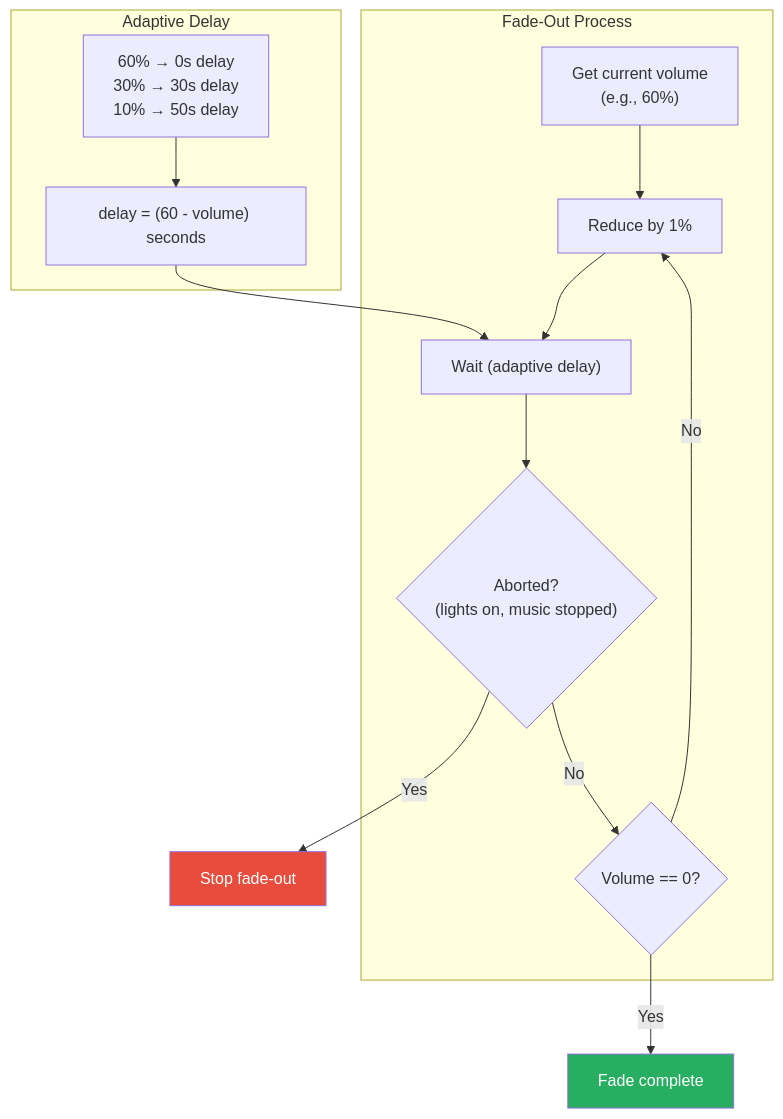
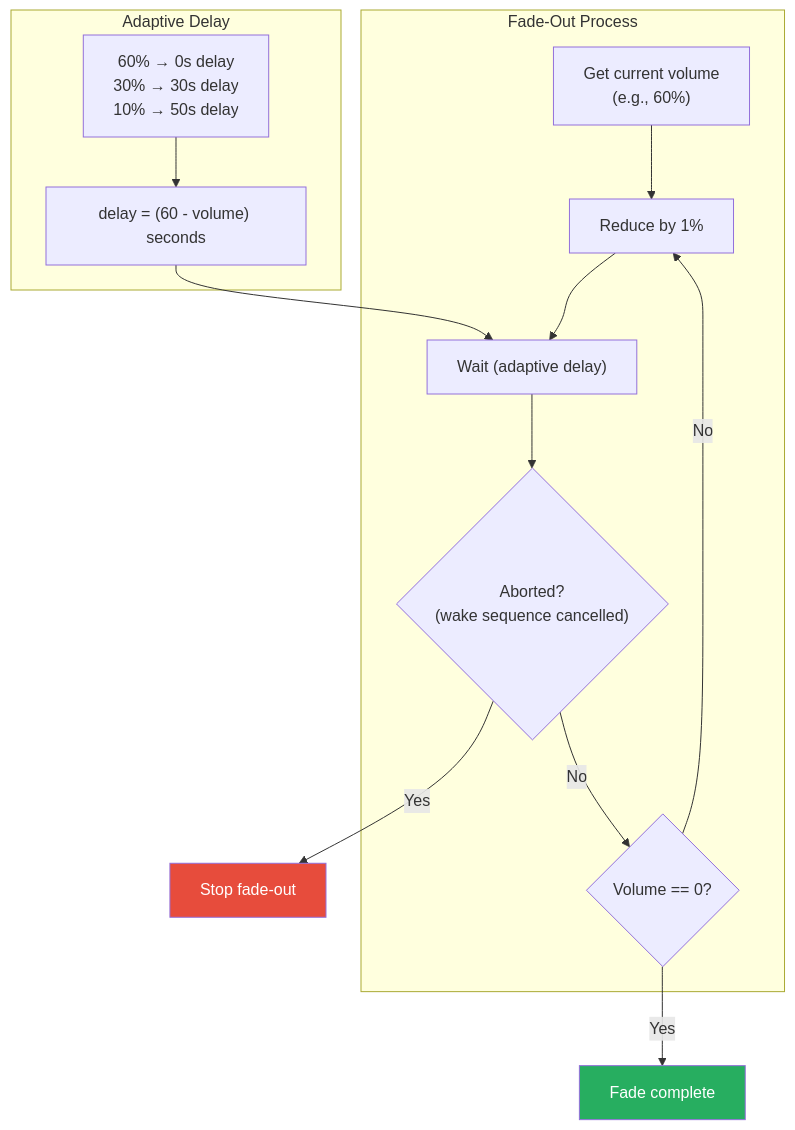
One commit to NickBorgers/home-automation changed the sixth of 9 diagrams in docs/flows/SLEEP_HYGIENE.md. Above: the diagram before and after it, drawn with Mermaid. The commit also changed other lines of this file, not shown here.

Commit message:
docs: Update SLEEP_HYGIENE.md to reflect fade-out abort condition fix
The wake sequence now sets isWakeSequenceActive=true immediately (before
fade-out starts), and the fade-out loop checks isWakeSequenceActive
instead of musicPlaybackType to decide whether to abort. Updated the
sequence diagram ordering and fade-out flowchart abort label to match.

````diff
--- a/docs/flows/SLEEP_HYGIENE.md
+++ b/docs/flows/SLEEP_HYGIENE.md
@@ -159,29 +159,29 @@
 ```mermaid
 flowchart TD
     subgraph FadeOut["Fade-Out Process"]
         getVolume["Get current volume<br/>(e.g., 60%)"]
         reduce["Reduce by 1%"]
         delay["Wait (adaptive delay)"]
-        checkAbort{"Aborted?<br/>(lights on, music stopped)"}
+        checkAbort{"Aborted?<br/>(wake sequence cancelled)"}
         checkZero{"Volume == 0?"}
     end
 
     subgraph Delays["Adaptive Delay"]
         formula["delay = (60 - volume) seconds"]
         examples["60% → 0s delay<br/>30% → 30s delay<br/>10% → 50s delay"]
     end
 
     getVolume --> reduce
     reduce --> delay
     delay --> checkAbort
     checkAbort -->|Yes| stop["Stop fade-out"]
     checkAbort -->|No| checkZero
     checkZero -->|No| reduce
     checkZero -->|Yes| done["Fade complete"]
 
     formula --> delay
     examples --> formula
 
     style done fill:#27ae60,color:#fff
     style stop fill:#e74c3c,color:#fff
 ```
````
